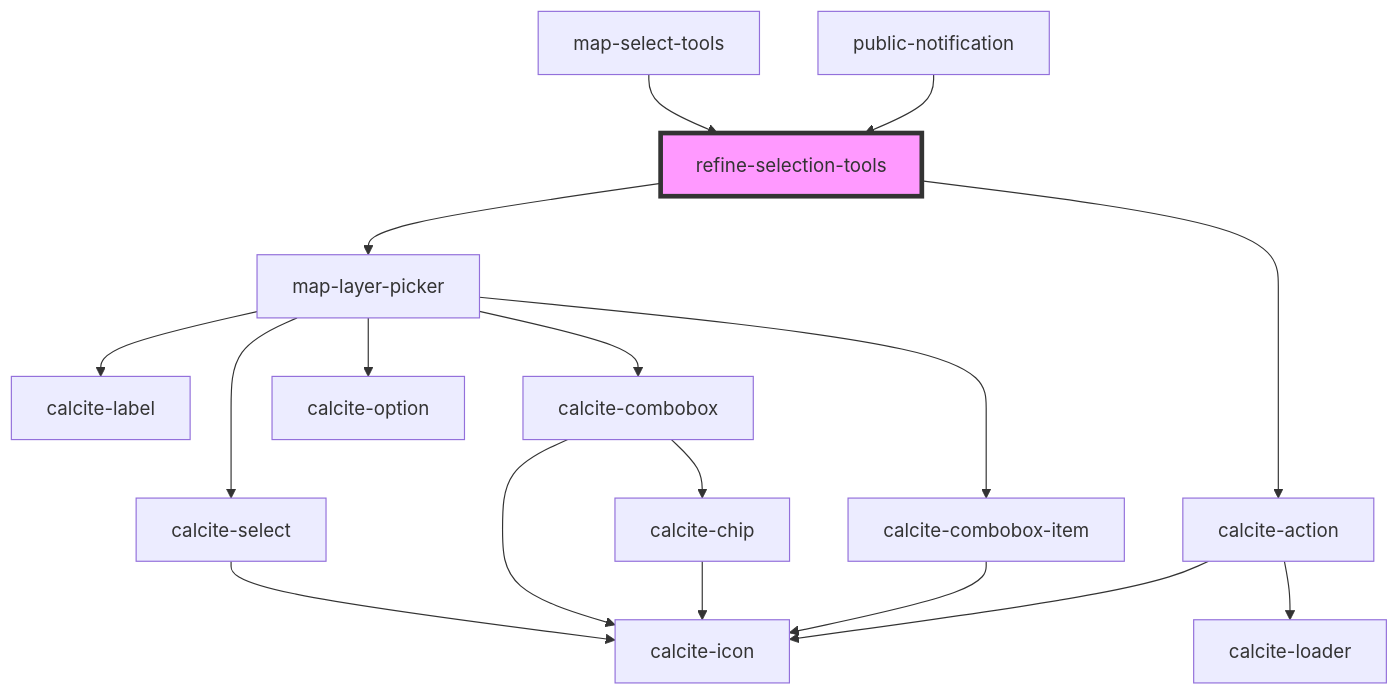
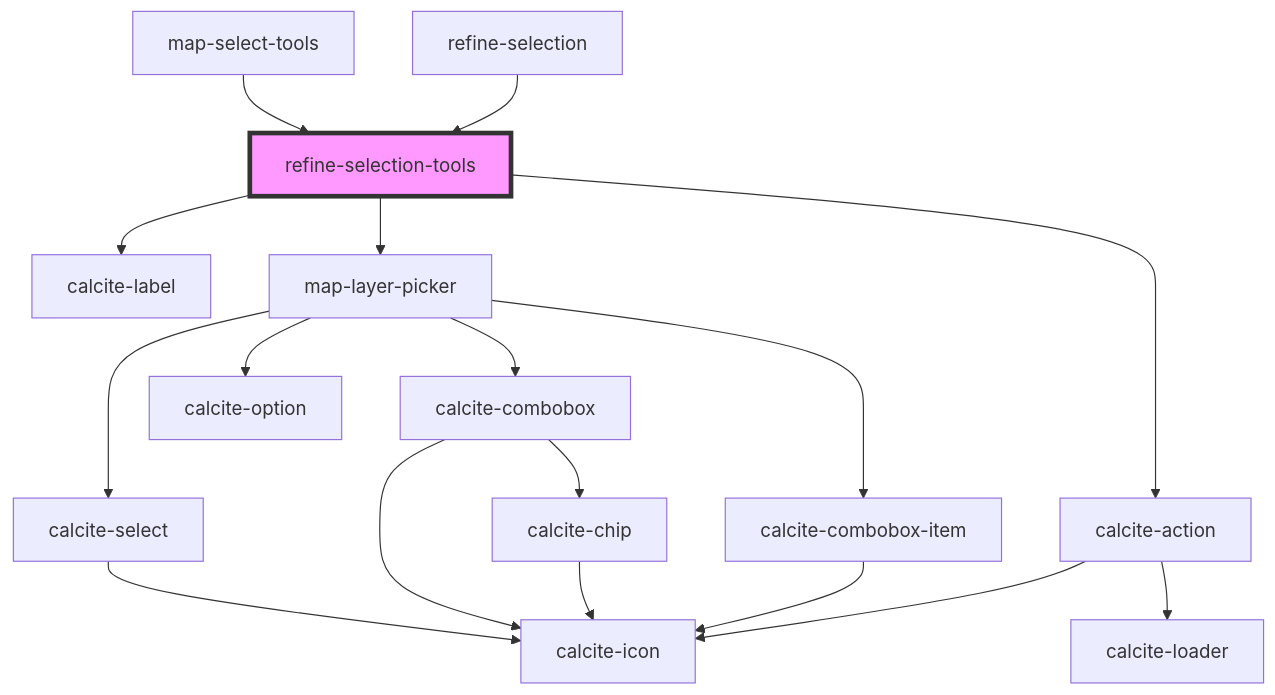
One commit to Esri/solutions-components changed the diagram in src/components/refine-selection-tools/readme.md. Above: the diagram before and after it, drawn with Mermaid. The commit also changed other lines of this file and 62 other files, not shown here.

````diff
--- a/src/components/refine-selection-tools/readme.md
+++ b/src/components/refine-selection-tools/readme.md
@@ -67,20 +69,20 @@
 ```mermaid
 graph TD;
+  refine-selection-tools --> calcite-label
   refine-selection-tools --> map-layer-picker
   refine-selection-tools --> calcite-action
-  map-layer-picker --> calcite-label
   map-layer-picker --> calcite-select
   map-layer-picker --> calcite-combobox
   map-layer-picker --> calcite-combobox-item
   map-layer-picker --> calcite-option
   calcite-select --> calcite-icon
   calcite-combobox --> calcite-chip
   calcite-combobox --> calcite-icon
   calcite-chip --> calcite-icon
   calcite-combobox-item --> calcite-icon
   calcite-action --> calcite-loader
   calcite-action --> calcite-icon
   map-select-tools --> refine-selection-tools
-  public-notification --> refine-selection-tools
+  refine-selection --> refine-selection-tools
   style refine-selection-tools fill:#f9f,stroke:#333,stroke-width:4px
 ```
````
